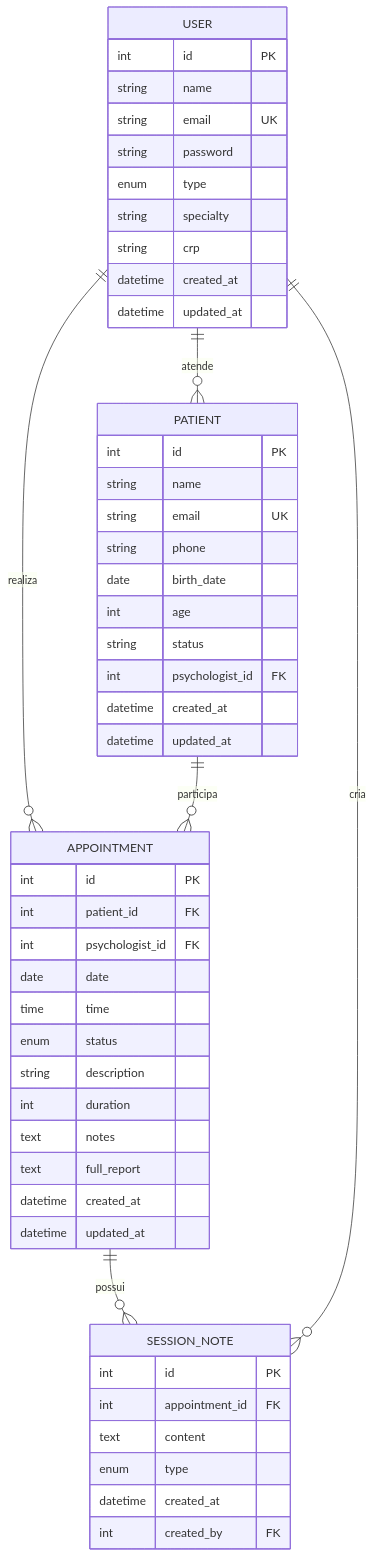
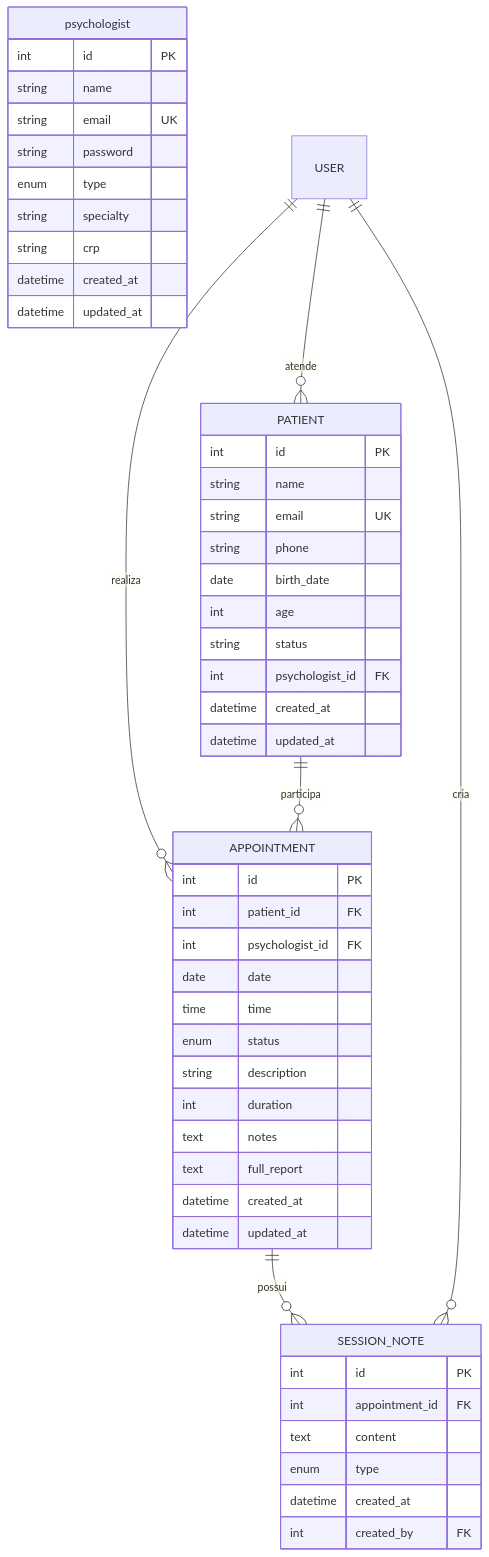
One commit to JeremiasONunes/lunysse-front changed the diagram in docs/DATABASE.md. Above: the diagram before and after it, drawn with Mermaid.

Commit message:
Fix ER diagram syntax for USER entity

````diff
--- a/docs/DATABASE.md
+++ b/docs/DATABASE.md
@@ -9,57 +9,57 @@
 ```mermaid
 erDiagram
-    USER {
+    psychologist {
         int id PK
         string name
         string email UK
         string password
         enum type
         string specialty
         string crp
         datetime created_at
         datetime updated_at
     }
     
     PATIENT {
         int id PK
         string name
         string email UK
         string phone
         date birth_date
         int age
         string status
         int psychologist_id FK
         datetime created_at
         datetime updated_at
     }
     
     APPOINTMENT {
         int id PK
         int patient_id FK
         int psychologist_id FK
         date date
         time time
         enum status
         string description
         int duration
         text notes
         text full_report
         datetime created_at
         datetime updated_at
     }
     
     SESSION_NOTE {
         int id PK
         int appointment_id FK
         text content
         enum type
         datetime created_at
         int created_by FK
     }
     
     USER ||--o{ PATIENT : "atende"
     USER ||--o{ APPOINTMENT : "realiza"
     PATIENT ||--o{ APPOINTMENT : "participa"
     APPOINTMENT ||--o{ SESSION_NOTE : "possui"
     USER ||--o{ SESSION_NOTE : "cria"
 ```
````
